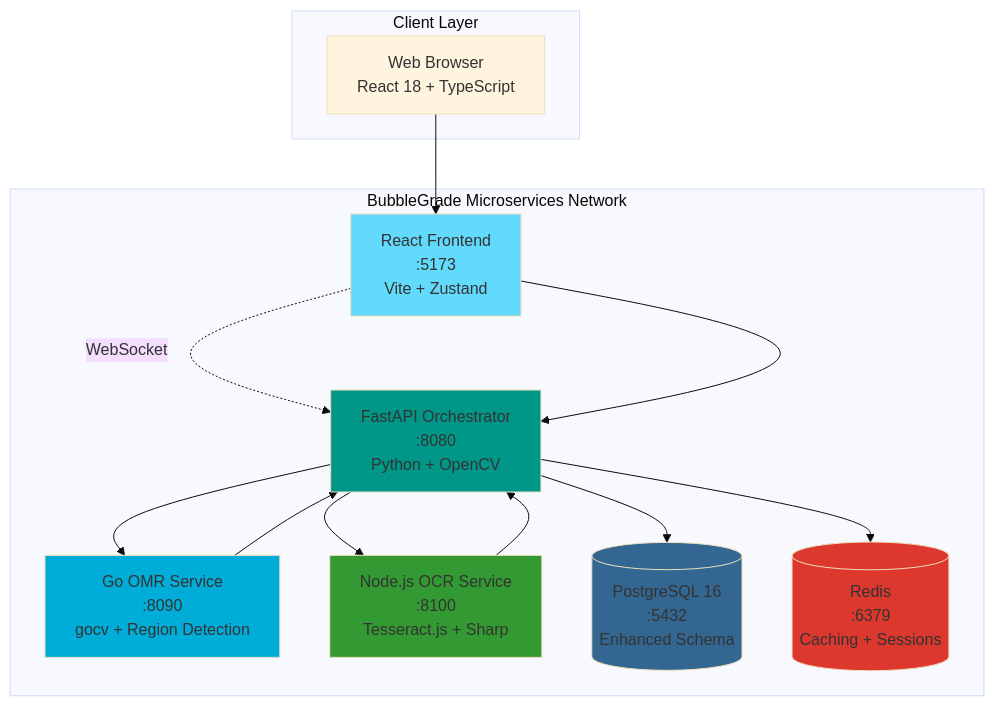
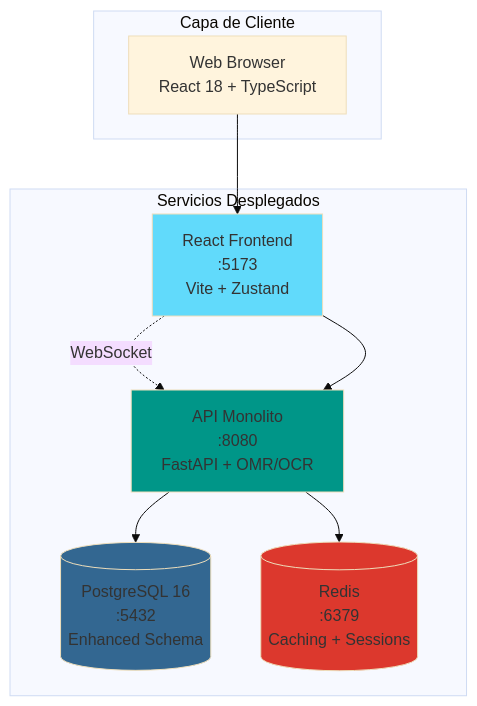
Before and after one commit to JazzDataSolutions/BubbleGrade: the diagram in README.md, drawn with Mermaid (base theme). The commit also changed other lines of this file and 47 other files, not shown here.

````diff
--- a/README.md
+++ b/README.md
@@ -43,32 +43,24 @@
 ```mermaid
 graph TB
-    subgraph "Client Layer"
+    subgraph "Capa de Cliente"
         Browser[Web Browser<br/>React 18 + TypeScript]
     end
     
-    subgraph "BubbleGrade Microservices Network"
+    subgraph "Servicios Desplegados"
         Frontend[React Frontend<br/>:5173<br/>Vite + Zustand]
-        API[FastAPI Orchestrator<br/>:8080<br/>Python + OpenCV]
-        OMR[Go OMR Service<br/>:8090<br/>gocv + Region Detection]
-        OCR[Node.js OCR Service<br/>:8100<br/>Tesseract.js + Sharp]
+        API[API Monolito<br/>:8080<br/>FastAPI + OMR/OCR]
         DB[(PostgreSQL 16<br/>:5432<br/>Enhanced Schema)]
         Redis[(Redis<br/>:6379<br/>Caching + Sessions)]
     end
     
     Browser --> Frontend
     Frontend -.->|WebSocket| API
     Frontend --> API
-    API --> OMR
-    API --> OCR
     API --> DB
     API --> Redis
-    OMR --> API
-    OCR --> API
     
     style Frontend fill:#61dafb
     style API fill:#009688
-    style OMR fill:#00add8
-    style OCR fill:#339933
     style DB fill:#336791
     style Redis fill:#dc382d
 ```
````
